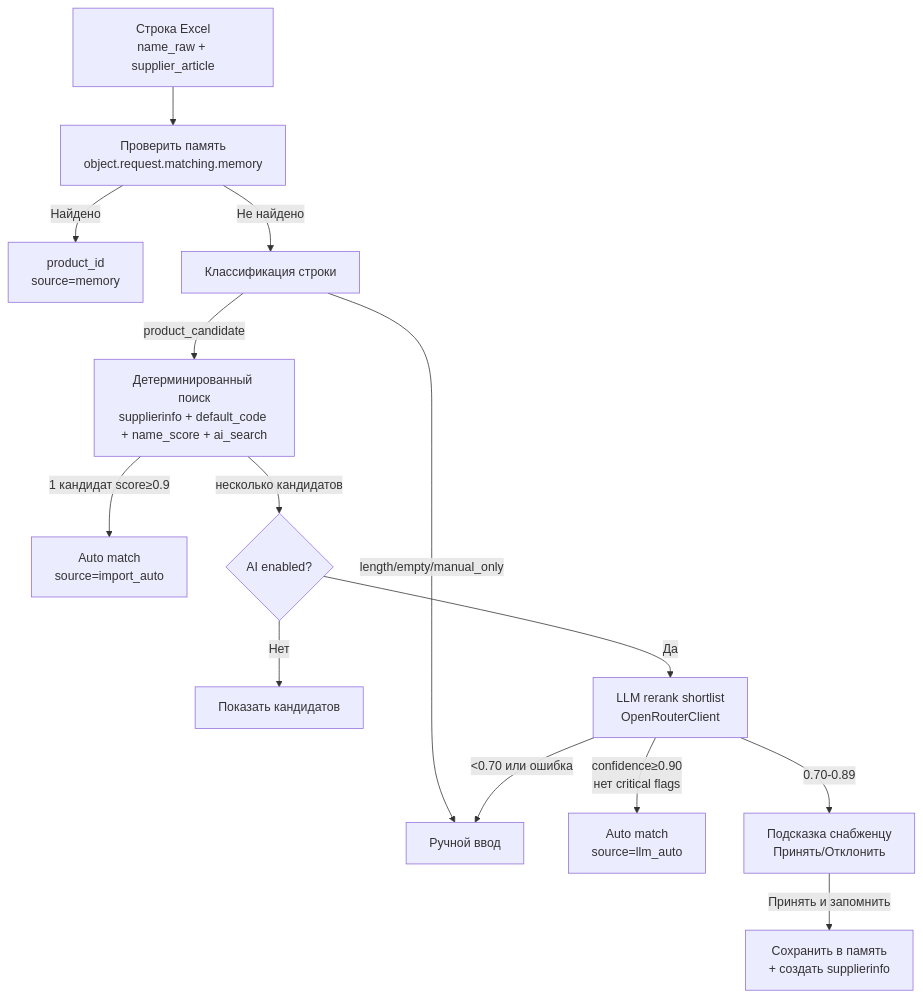
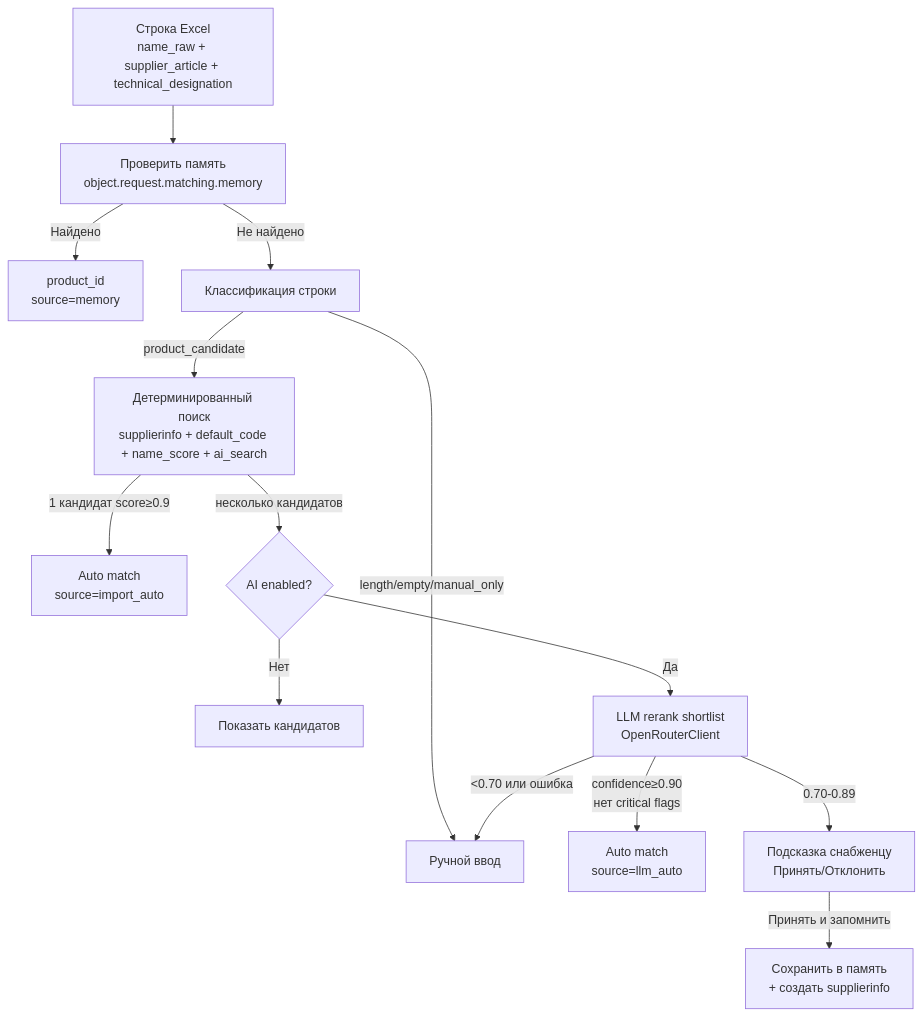
The second of 4 diagrams in docs/project.md (Sergtsk45/sklad), drawn with Mermaid before and after one commit. The commit also changed other lines of this file and 18 other files, not shown here.

First line of the commit message:
fix(object_request): separate designation from supplier article

````diff
--- a/docs/project.md
+++ b/docs/project.md
@@ -45,16 +45,16 @@
 ```mermaid
 flowchart TD
-    Excel[Строка Excel\nname_raw + supplier_article] --> Memory[Проверить память\nobject.request.matching.memory]
+    Excel[Строка Excel\nname_raw + supplier_article + technical_designation] --> Memory[Проверить память\nobject.request.matching.memory]
     Memory -->|Найдено| MatchedMemory[product_id\nsource=memory]
     Memory -->|Не найдено| Classify[Классификация строки]
     Classify -->|length/empty/manual_only| Manual[Ручной ввод]
     Classify -->|product_candidate| Deterministic[Детерминированный поиск\nsupplierinfo + default_code + name_score + ai_search]
     Deterministic -->|1 кандидат score≥0.9| AutoMatch[Auto match\nsource=import_auto]
     Deterministic -->|несколько кандидатов| LLMCheck{AI enabled?}
     LLMCheck -->|Нет| Suggest[Показать кандидатов]
     LLMCheck -->|Да| LLM[LLM rerank shortlist\nOpenRouterClient]
     LLM -->|confidence≥0.90\nнет critical flags| AutoAI[Auto match\nsource=llm_auto]
     LLM -->|0.70-0.89| SuggestAI[Подсказка снабженцу\nПринять/Отклонить]
     LLM -->|&lt;0.70 или ошибка| Manual
     SuggestAI -->|Принять и запомнить| Memory2[Сохранить в память\n+ создать supplierinfo]
 ```
````
